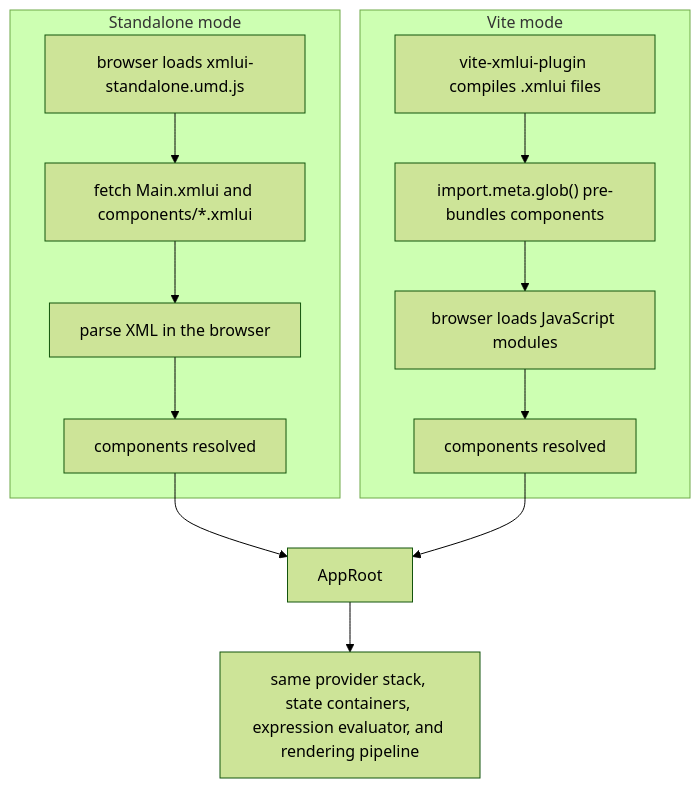
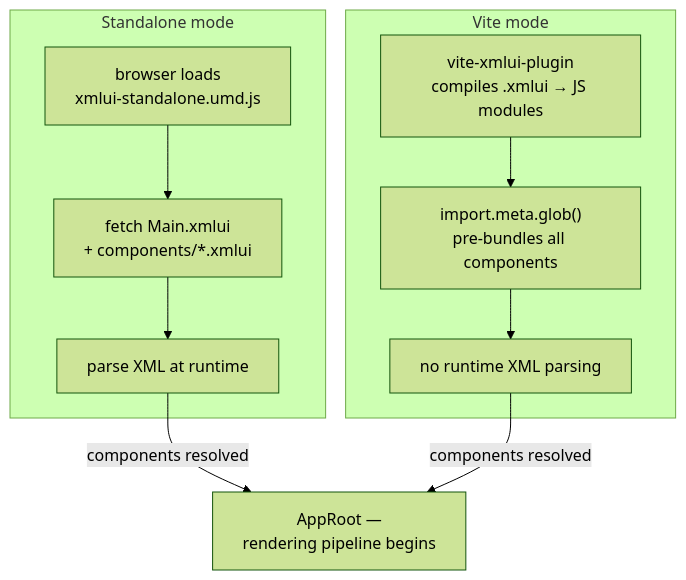
The first of 5 diagrams in xmlui/dev-docs/guide/01-mental-model.md (xmlui-org/xmlui), drawn with Mermaid (forest theme) before and after one commit. The commit also changed other lines of this file and 159 other files, not shown here.

````diff
--- a/xmlui/dev-docs/guide/01-mental-model.md
+++ b/xmlui/dev-docs/guide/01-mental-model.md
@@ -105,22 +37,21 @@
 ```mermaid
-flowchart TB
-  subgraph standalone["Standalone mode"]
-    s1["browser loads xmlui-standalone.umd.js"]
-    s2["fetch Main.xmlui and components/*.xmlui"]
-    s3["parse XML in the browser"]
-    s4["components resolved"]
-    s1 --> s2 --> s3 --> s4
+graph TB
+  subgraph Standalone["Standalone mode"]
+    S1["browser loads<br>xmlui-standalone.umd.js"]
+    S2["fetch Main.xmlui<br>+ components/*.xmlui"]
+    S3["parse XML at runtime"]
+    S1 --> S2 --> S3
   end
 
-  subgraph vite["Vite mode"]
-    v1["vite-xmlui-plugin compiles .xmlui files"]
-    v2["import.meta.glob() pre-bundles components"]
-    v3["browser loads JavaScript modules"]
-    v4["components resolved"]
-    v1 --> v2 --> v3 --> v4
+  subgraph Vite["Vite mode"]
+    V1["vite-xmlui-plugin<br>compiles .xmlui → JS modules"]
+    V2["import.meta.glob()<br>pre-bundles all components"]
+    V3["no runtime XML parsing"]
+    V1 --> V2 --> V3
   end
 
-  s4 --> appRoot["AppRoot"]
-  v4 --> appRoot
-  appRoot --> common["same provider stack, state containers, expression evaluator, and rendering pipeline"]
+  Converge["AppRoot —<br>rendering pipeline begins"]
+
+  S3 -->|"components resolved"| Converge
+  V3 -->|"components resolved"| Converge
 ```
````
